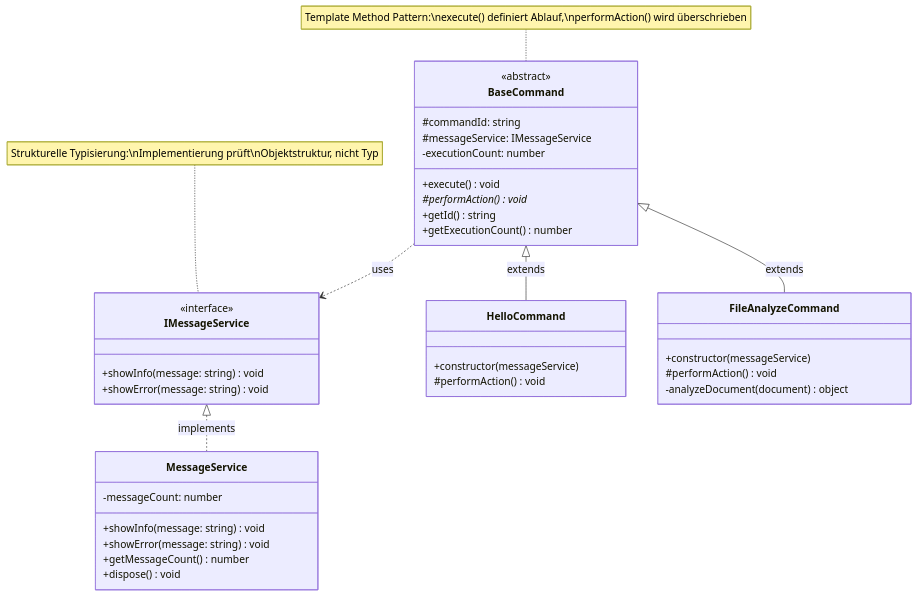
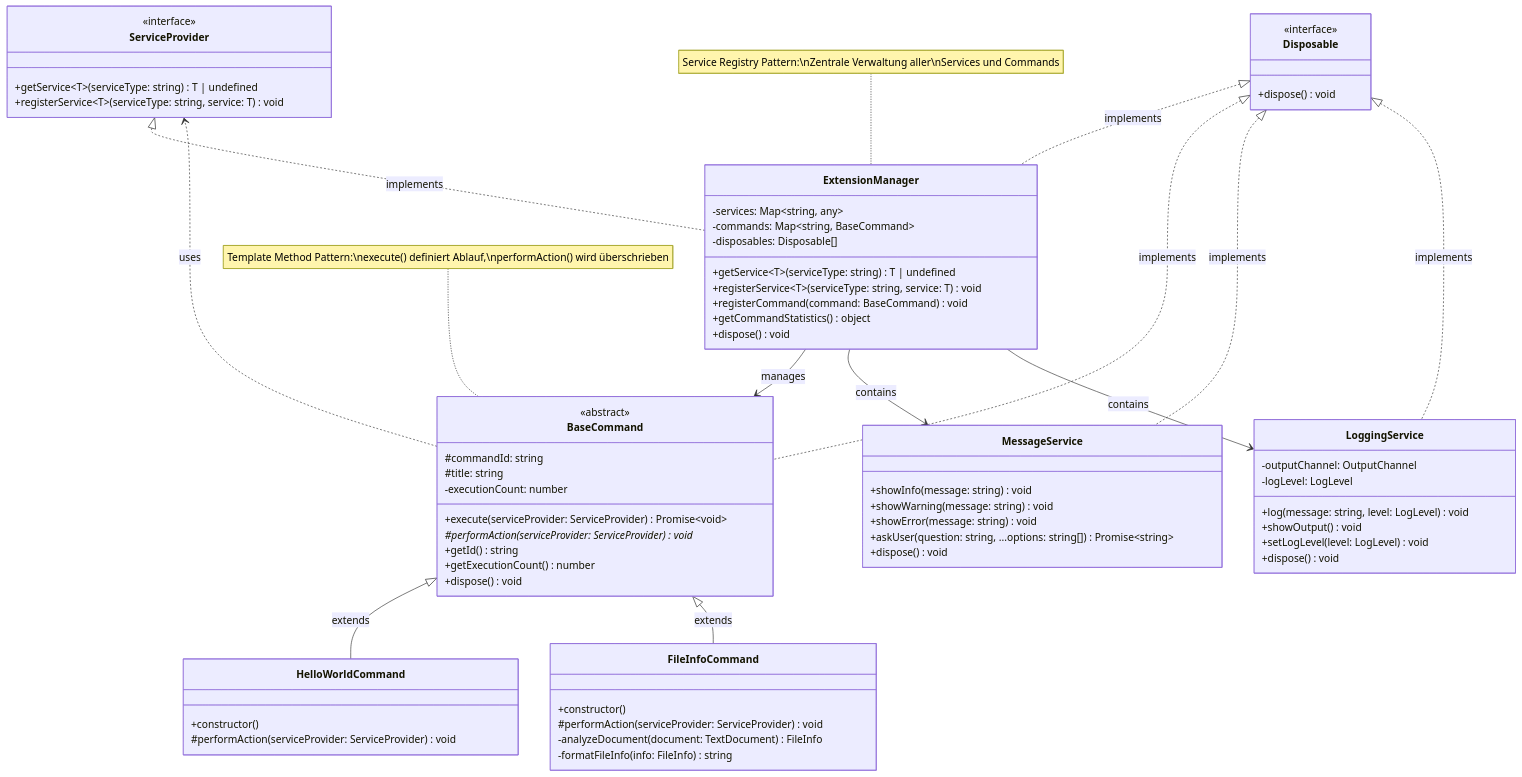
One commit to nanolon/demo changed the second of 3 diagrams in README.md. Above: the diagram before and after it, drawn with Mermaid. The commit also changed other lines of this file and 2 other files, not shown here.

````diff
--- a/README.md
+++ b/README.md
@@ -60,46 +105,83 @@
 ```mermaid
 classDiagram
-    class IMessageService {
+    class ServiceProvider {
         <<interface>>
-        +showInfo(message: string) void
-        +showError(message: string) void
+        +getService~T~(serviceType: string) T | undefined
+        +registerService~T~(serviceType: string, service: T) void
     }
     
-    class MessageService {
-        -messageCount: number
-        +showInfo(message: string) void
-        +showError(message: string) void
-        +getMessageCount() number
+    class Disposable {
+        <<interface>>
+        +dispose() void
+    }
+    
+    class ExtensionManager {
+        -services: Map~string, any~
+        -commands: Map~string, BaseCommand~
+        -disposables: Disposable[]
+        +getService~T~(serviceType: string) T | undefined
+        +registerService~T~(serviceType: string, service: T) void
+        +registerCommand(command: BaseCommand) void
+        +getCommandStatistics() object
         +dispose() void
     }
     
     class BaseCommand {
         <<abstract>>
         #commandId: string
-        #messageService: IMessageService
+        #title: string
         -executionCount: number
-        +execute() void
-        #performAction() void*
+        +execute(serviceProvider: ServiceProvider) Promise~void~
+        #performAction(serviceProvider: ServiceProvider) void*
         +getId() string
         +getExecutionCount() number
+        +dispose() void
     }
     
-    class HelloCommand {
-        +constructor(messageService)
-        #performAction() void
+    class MessageService {
+        +showInfo(message: string) void
+        +showWarning(message: string) void
+        +showError(message: string) void
+        +askUser(question: string, ...options: string[]) Promise~string~
+        +dispose() void
     }
     
-    class FileAnalyzeCommand {
-        +constructor(messageService)
-        #performAction() void
-        -analyzeDocument(document) object
+    class LoggingService {
+        -outputChannel: OutputChannel
+        -logLevel: LogLevel
+        +log(message: string, level: LogLevel) void
+        +showOutput() void
+        +setLogLevel(level: LogLevel) void
+        +dispose() void
     }
     
-    IMessageService <|.. MessageService : implements
-    BaseCommand <|-- HelloCommand : extends
-    BaseCommand <|-- FileAnalyzeCommand : extends
-    BaseCommand ..> IMessageService : uses
+    class HelloWorldCommand {
+        +constructor()
+        #performAction(serviceProvider: ServiceProvider) void
+    }
+    
+    class FileInfoCommand {
+        +constructor()
+        #performAction(serviceProvider: ServiceProvider) void
+        -analyzeDocument(document: TextDocument) FileInfo
+        -formatFileInfo(info: FileInfo) string
+    }
+    
+    ServiceProvider <|.. ExtensionManager : implements
+    Disposable <|.. ExtensionManager : implements
+    Disposable <|.. BaseCommand : implements
+    Disposable <|.. MessageService : implements
+    Disposable <|.. LoggingService : implements
+    
+    BaseCommand <|-- HelloWorldCommand : extends
+    BaseCommand <|-- FileInfoCommand : extends
+    
+    ExtensionManager --> BaseCommand : manages
+    ExtensionManager --> MessageService : contains
+    ExtensionManager --> LoggingService : contains
+    
+    BaseCommand ..> ServiceProvider : uses
     
     note for BaseCommand "Template Method Pattern:\nexecute() definiert Ablauf,\nperformAction() wird überschrieben"
-    note for IMessageService "Strukturelle Typisierung:\nImplementierung prüft\nObjektstruktur, nicht Typ"
+    note for ExtensionManager "Service Registry Pattern:\nZentrale Verwaltung aller\nServices und Commands"
 ```
````
